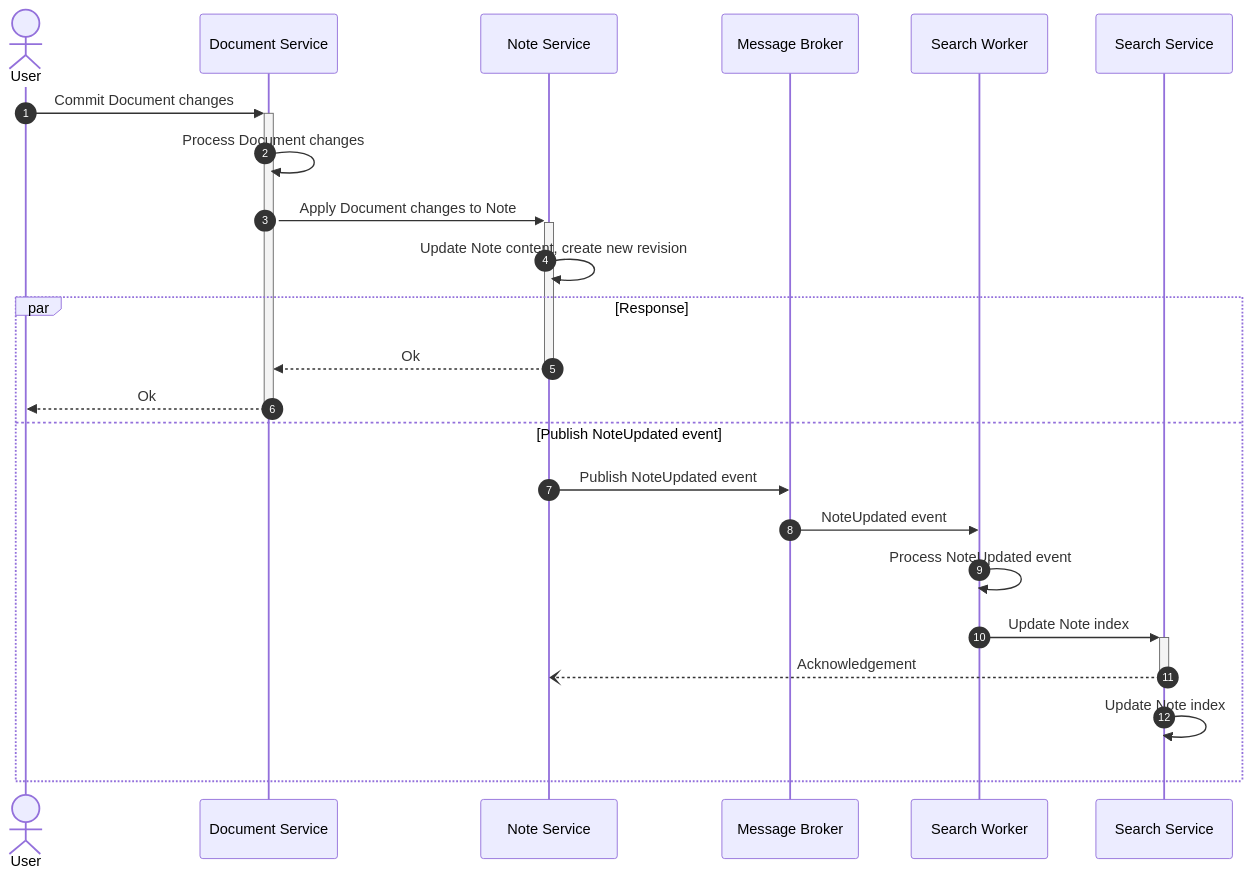
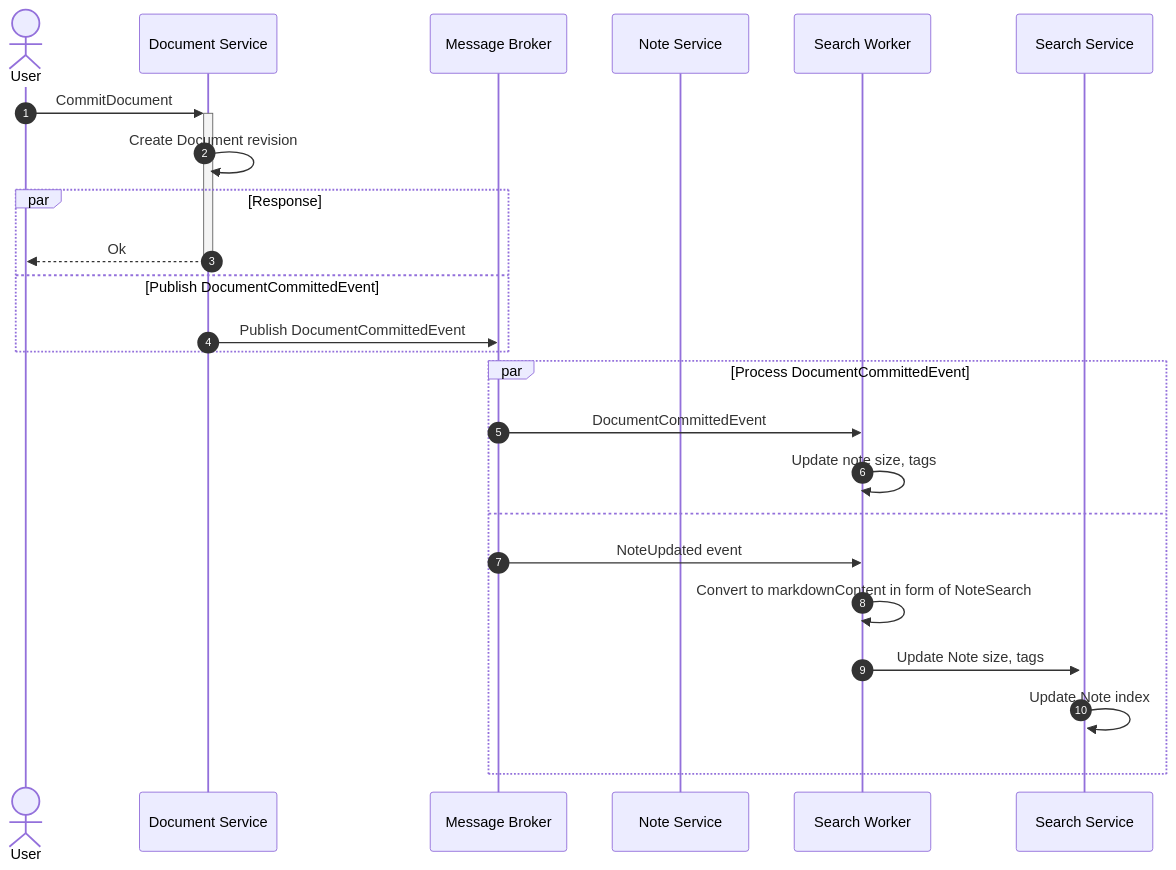
The third of 5 diagrams in docs/src/references/activity/note.md (notopia-uit/notopia), drawn with Mermaid before and after one commit. The commit also changed other lines of this file and 63 other files, not shown here.

Commit message:
refactor(api,docs): move revision to document mostly

````diff
--- a/docs/src/references/activity/note.md
+++ b/docs/src/references/activity/note.md
@@ -85,27 +73,28 @@
 ```mermaid
 sequenceDiagram
     autonumber
 
     actor U as User
     participant DS as Document Service
+    participant MB as Message Broker
     participant NS as Note Service
-    participant MB as Message Broker
     participant SW as Search Worker
     participant SS as Search Service
 
-    U->>+DS: Commit Document changes
-    DS->>DS: Process Document changes
-    DS->>+NS: Apply Document changes to Note
-    NS->>NS: Update Note content, create new revision
+    U->>+DS: CommitDocument
+    DS->>DS: Create Document revision
     par Response
-        NS-->>-DS: Ok
         DS-->>-U: Ok
-    and Publish NoteUpdated event
-        NS->>MB: Publish NoteUpdated event
+    and Publish DocumentCommittedEvent
+        DS->>MB: Publish DocumentCommittedEvent
+    end
+    par Process DocumentCommittedEvent
+        MB->>SW: DocumentCommittedEvent
+        SW->>SW: Update note size, tags
+    and
         MB->>SW: NoteUpdated event
-        SW->>SW: Process NoteUpdated event
-        SW->>+SS: Update Note index
-        SS--)-NS: Acknowledgement
-        SS->>+SS: Update Note index
+        SW->>SW: Convert to markdownContent in form of NoteSearch
+        SW->>+SS: Update Note size, tags
+        SS->>SS: Update Note index
     end
 ```
````
